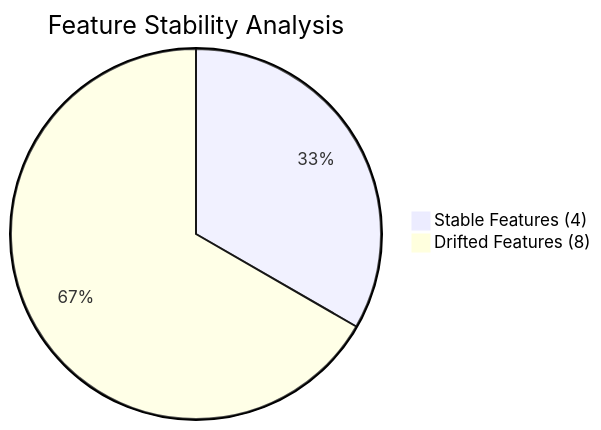
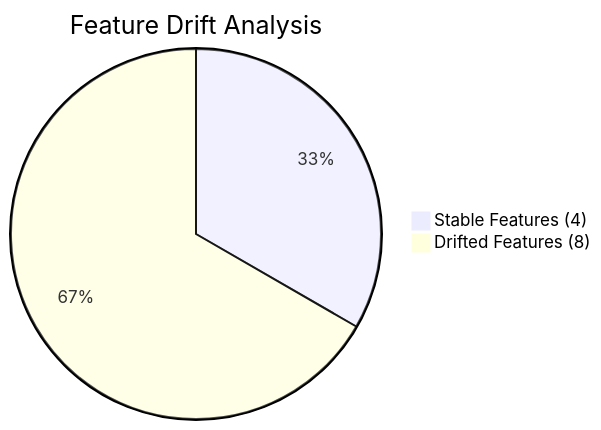
One commit to sai-ganesh-4539/StatVault changed the sixth of 8 diagrams in Match_Prediction_Intelligence.md. Above: the diagram before and after it, drawn with Mermaid. The commit also changed other lines of this file, not shown here.

````diff
--- a/Match_Prediction_Intelligence.md
+++ b/Match_Prediction_Intelligence.md
@@ -355,7 +251,6 @@
 ```mermaid
-pie title Feature Stability Analysis
+pie title Feature Drift Analysis
 
 "Stable Features (4)" : 4
-
 "Drifted Features (8)" : 8
 ```
````
